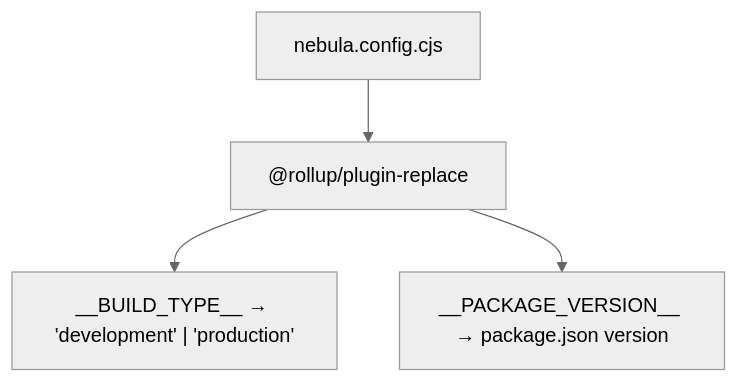
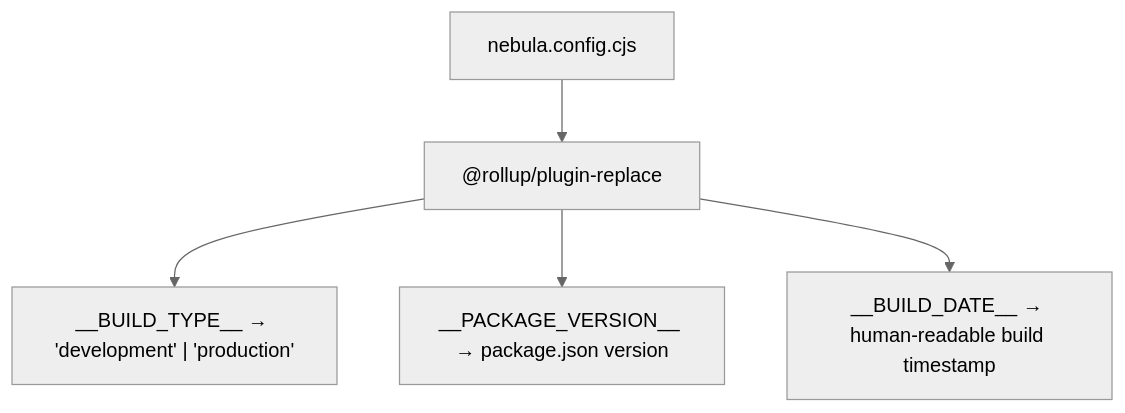
The second of 4 diagrams in docs/BUILD-AND-DEPLOYMENT.md (ptarmiganlabs/onboard.qs), drawn with Mermaid (neutral theme) before and after one commit. The commit also changed other lines of this file and 2 other files, not shown here.

Commit message:
docs: document __BUILD_DATE__ compile-time constant and build-date.cjs script
Agent-Logs-Url: https://github.com/ptarmiganlabs/onboard.qs/sessions/7e367b1f-8932-4170-acf7-d9ef428645d9

````diff
--- a/docs/BUILD-AND-DEPLOYMENT.md
+++ b/docs/BUILD-AND-DEPLOYMENT.md
@@ -44,6 +44,7 @@
 ```mermaid
 flowchart TD
     A[nebula.config.cjs] --> B["@rollup/plugin-replace"]
     B --> C["__BUILD_TYPE__ → 'development' | 'production'"]
     B --> D["__PACKAGE_VERSION__ → package.json version"]
+    B --> E["__BUILD_DATE__ → human-readable build timestamp"]
 ```
````
